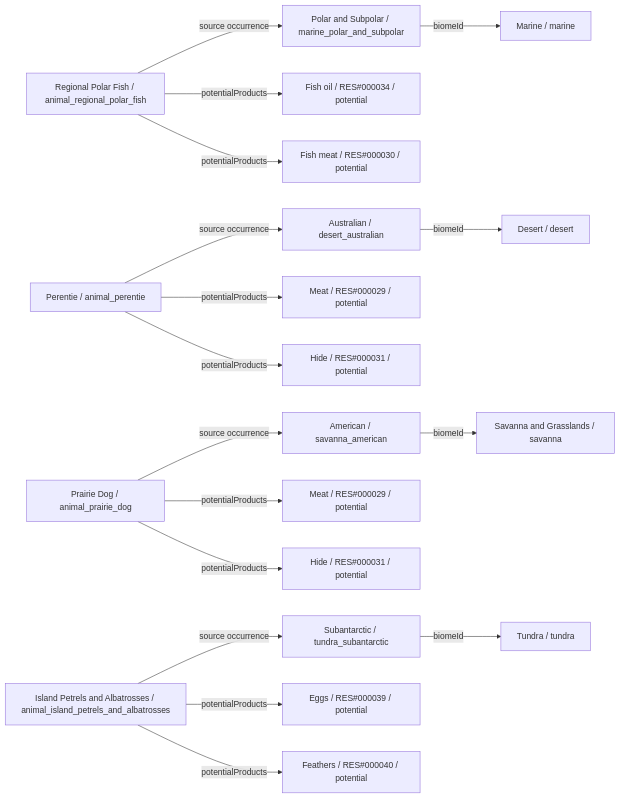
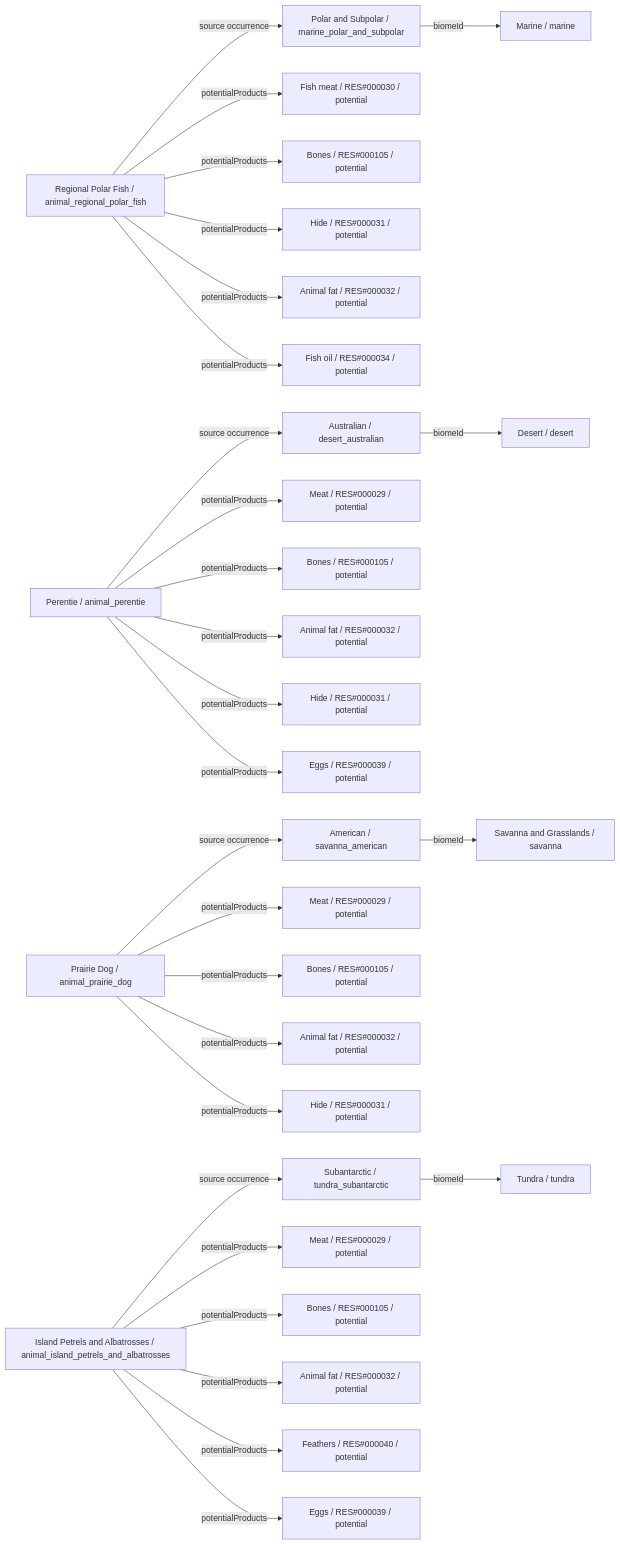
One commit to fgabo404/EvolveDoc changed diagram 19 of 26 in data/animals/DIAGRAMS.md. Above: the diagram before and after it, drawn with Mermaid. The commit also changed other lines of this file and 44 other files, not shown here.

````diff
--- a/data/animals/DIAGRAMS.md
+++ b/data/animals/DIAGRAMS.md
@@ -921,39 +1311,61 @@
 ```mermaid
 flowchart LR
     c0["Regional Polar Fish / animal_regional_polar_fish"]
     v21["Polar and Subpolar / marine_polar_and_subpolar"]
     b5["Marine / marine"]
-    o0_0["Fish oil / RES#000034 / potential"]
-    o0_1["Fish meat / RES#000030 / potential"]
+    o0_0["Fish meat / RES#000030 / potential"]
+    o0_1["Bones / RES#000105 / potential"]
+    o0_2["Hide / RES#000031 / potential"]
+    o0_3["Animal fat / RES#000032 / potential"]
+    o0_4["Fish oil / RES#000034 / potential"]
     c1["Perentie / animal_perentie"]
     v18["Australian / desert_australian"]
     b4["Desert / desert"]
     o1_0["Meat / RES#000029 / potential"]
-    o1_1["Hide / RES#000031 / potential"]
+    o1_1["Bones / RES#000105 / potential"]
+    o1_2["Animal fat / RES#000032 / potential"]
+    o1_3["Hide / RES#000031 / potential"]
+    o1_4["Eggs / RES#000039 / potential"]
     c2["Prairie Dog / animal_prairie_dog"]
     v12["American / savanna_american"]
     b3["Savanna and Grasslands / savanna"]
     o2_0["Meat / RES#000029 / potential"]
-    o2_1["Hide / RES#000031 / potential"]
+    o2_1["Bones / RES#000105 / potential"]
+    o2_2["Animal fat / RES#000032 / potential"]
+    o2_3["Hide / RES#000031 / potential"]
     c3["Island Petrels and Albatrosses / animal_island_petrels_and_albatrosses"]
     v10["Subantarctic / tundra_subantarctic"]
     b2["Tundra / tundra"]
-    o3_0["Eggs / RES#000039 / potential"]
-    o3_1["Feathers / RES#000040 / potential"]
+    o3_0["Meat / RES#000029 / potential"]
+    o3_1["Bones / RES#000105 / potential"]
+    o3_2["Animal fat / RES#000032 / potential"]
+    o3_3["Feathers / RES#000040 / potential"]
+    o3_4["Eggs / RES#000039 / potential"]
     c0 -->|potentialProducts| o0_0
     c0 -->|potentialProducts| o0_1
+    c0 -->|potentialProducts| o0_2
+    c0 -->|potentialProducts| o0_3
+    c0 -->|potentialProducts| o0_4
     c0 -->|source occurrence| v21
     c1 -->|potentialProducts| o1_0
     c1 -->|potentialProducts| o1_1
+    c1 -->|potentialProducts| o1_2
+    c1 -->|potentialProducts| o1_3
+    c1 -->|potentialProducts| o1_4
     c1 -->|source occurrence| v18
     c2 -->|potentialProducts| o2_0
     c2 -->|potentialProducts| o2_1
+    c2 -->|potentialProducts| o2_2
+    c2 -->|potentialProducts| o2_3
     c2 -->|source occurrence| v12
     c3 -->|potentialProducts| o3_0
     c3 -->|potentialProducts| o3_1
+    c3 -->|potentialProducts| o3_2
+    c3 -->|potentialProducts| o3_3
+    c3 -->|potentialProducts| o3_4
     c3 -->|source occurrence| v10
     v10 -->|biomeId| b2
     v12 -->|biomeId| b3
     v18 -->|biomeId| b4
     v21 -->|biomeId| b5
 ```
````
